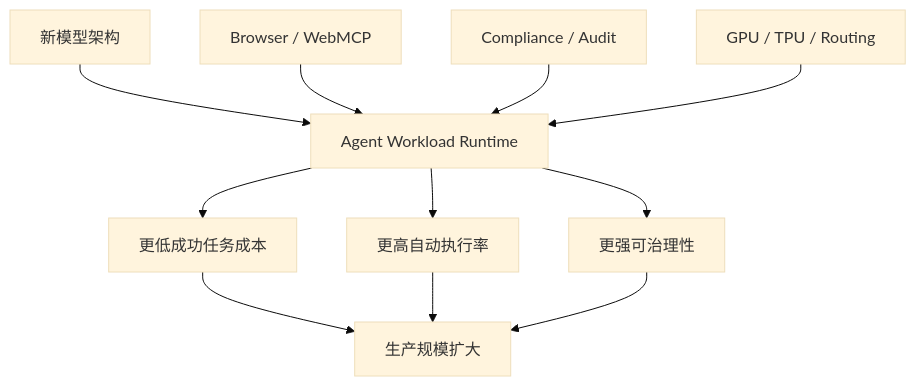
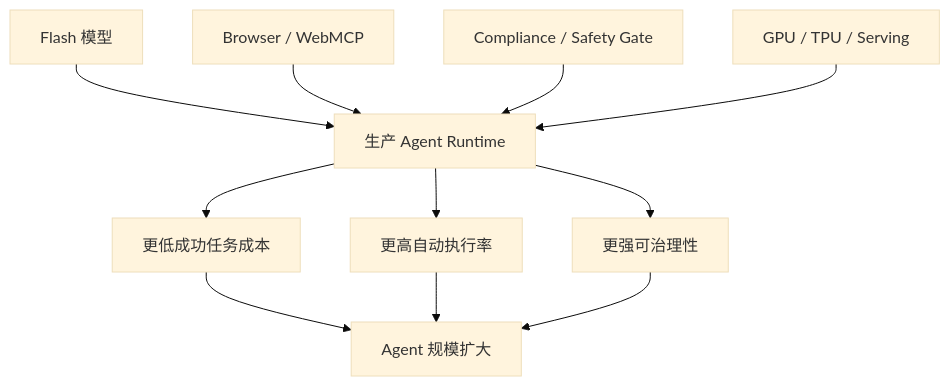
Before and after one commit to wlf186/ai-daily-headlines: diagram 11 of 22 in 260827.md, drawn with Mermaid (base theme). The commit also changed other lines of this file, not shown here.

````diff
--- a/260827.md
+++ b/260827.md
@@ -447,13 +479,13 @@
 ```mermaid
 flowchart TD
-    Z1[新模型架构] --> Z5[Agent Workload Runtime]
-    Z2[Browser / WebMCP] --> Z5
-    Z3[Compliance / Audit] --> Z5
-    Z4[GPU / TPU / Routing] --> Z5
-    Z5 --> Z6[更低成功任务成本]
-    Z5 --> Z7[更高自动执行率]
-    Z5 --> Z8[更强可治理性]
-    Z6 --> Z9[生产规模扩大]
-    Z7 --> Z9
-    Z8 --> Z9
+    T1[Flash 模型] --> T5[生产 Agent Runtime]
+    T2[Browser / WebMCP] --> T5
+    T3[Compliance / Safety Gate] --> T5
+    T4[GPU / TPU / Serving] --> T5
+    T5 --> T6[更低成功任务成本]
+    T5 --> T7[更高自动执行率]
+    T5 --> T8[更强可治理性]
+    T6 --> T9[Agent 规模扩大]
+    T7 --> T9
+    T8 --> T9
 ```
````
